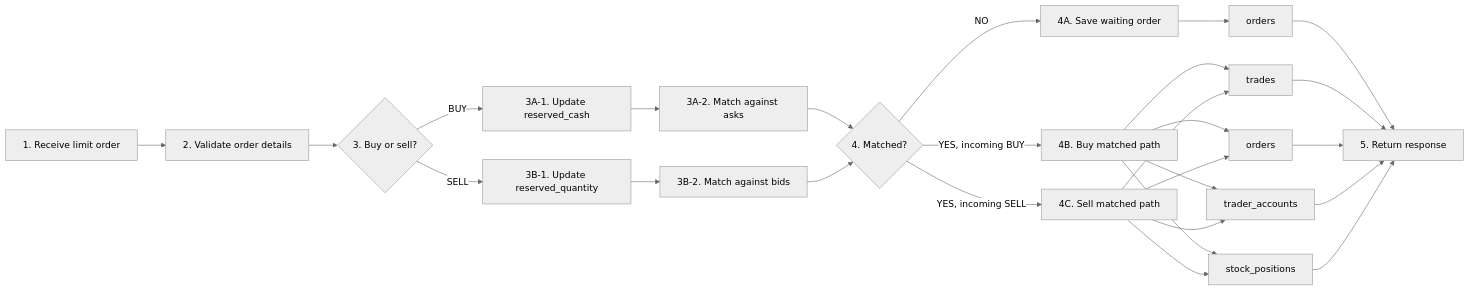
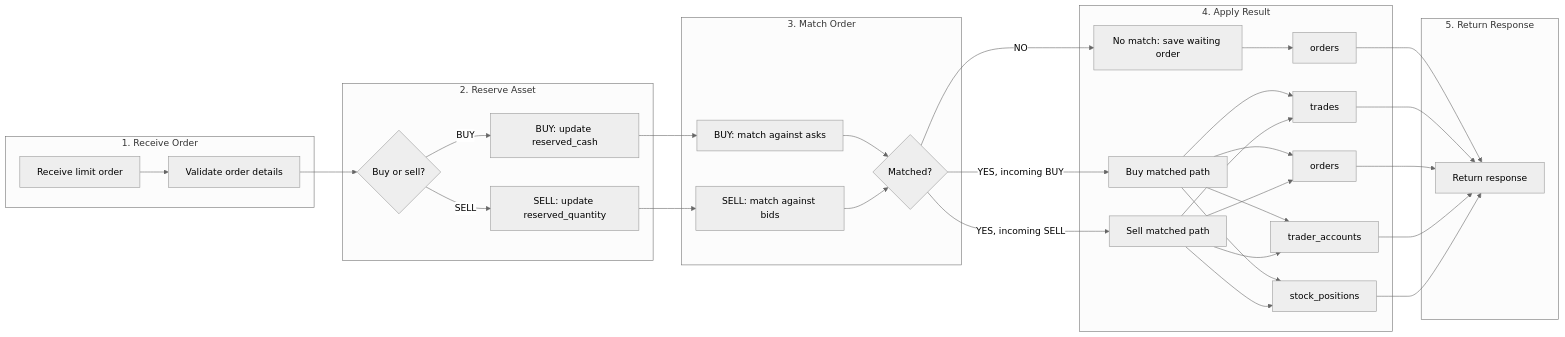
One commit to skatemonkey/exchange-lab changed the diagram in doc/03-order-flow.md. Above: the diagram before and after it, drawn with Mermaid (neutral theme). The commit also changed other lines of this file, not shown here.

Commit message:
docs: group order flow stages

````diff
--- a/doc/03-order-flow.md
+++ b/doc/03-order-flow.md
@@ -15,30 +24,60 @@
 ```mermaid
 flowchart LR
-    A["1. Receive limit order"] --> B["2. Validate order details"]
-    B --> C{"3. Buy or sell?"}
-    C -->|BUY| D["3A-1. Update reserved_cash"]
-    C -->|SELL| E["3B-1. Update reserved_quantity"]
-    D --> F["3A-2. Match against asks"]
-    E --> G["3B-2. Match against bids"]
-    F --> H{"4. Matched?"}
+    subgraph S1["1. Receive Order"]
+        A["Receive limit order"]
+        B["Validate order details"]
+    end
+
+    subgraph S2["2. Reserve Asset"]
+        C{"Buy or sell?"}
+        D["BUY: update reserved_cash"]
+        E["SELL: update reserved_quantity"]
+    end
+
+    subgraph S3["3. Match Order"]
+        F["BUY: match against asks"]
+        G["SELL: match against bids"]
+        H{"Matched?"}
+    end
+
+    subgraph S4["4. Apply Result"]
+        I["No match: save waiting order"]
+        I1["orders"]
+        J["Buy matched path"]
+        L["Sell matched path"]
+        M["trades"]
+        N["orders"]
+        O["trader_accounts"]
+        P["stock_positions"]
+    end
+
+    subgraph S5["5. Return Response"]
+        K["Return response"]
+    end
+
+    A --> B
+    B --> C
+    C -->|BUY| D
+    C -->|SELL| E
+    D --> F
+    E --> G
+    F --> H
     G --> H
-
-    H -->|NO| I["4A. Save waiting order"]
-    I --> I1["orders"]
-    I1 --> K["5. Return response"]
-
-    H -->|YES, incoming BUY| J["4B. Buy matched path"]
-    H -->|YES, incoming SELL| L["4C. Sell matched path"]
-    J --> M["trades"]
-    J --> N["orders"]
-    J --> O["trader_accounts"]
-    J --> P["stock_positions"]
+    H -->|NO| I
+    I --> I1
+    I1 --> K
+    H -->|YES, incoming BUY| J
+    H -->|YES, incoming SELL| L
+    J --> M
+    J --> N
+    J --> O
+    J --> P
     L --> M
     L --> N
     L --> O
     L --> P
     M --> K
     N --> K
     O --> K
     P --> K
 ```
````
